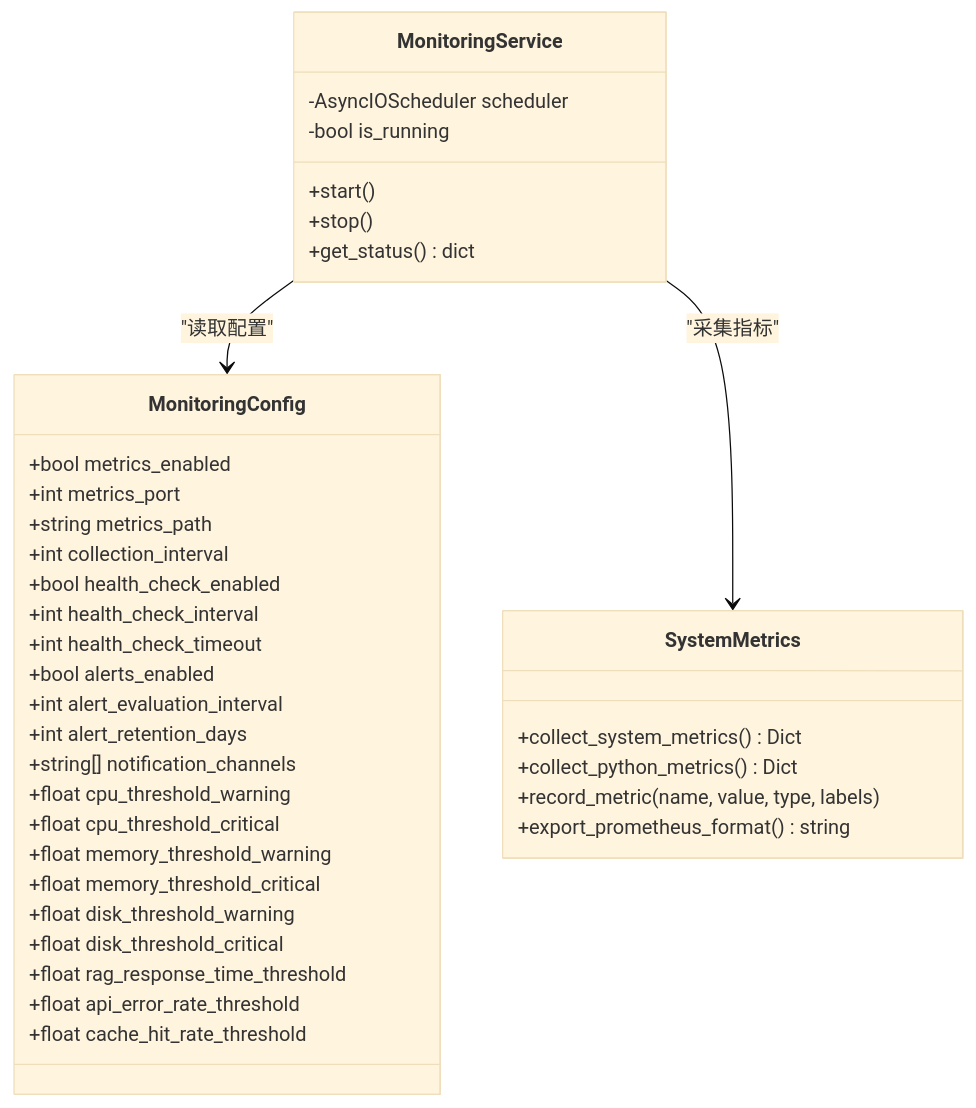
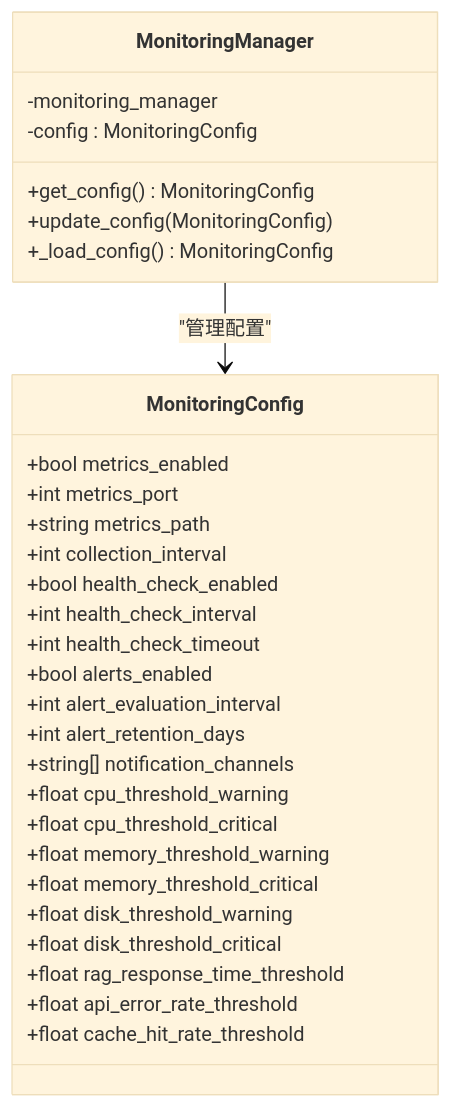
Before and after one commit to JieGaoPrinceton/NecoRAG: the fourth of 6 diagrams in .qoder/repowiki/zh/content/部署与运维/部署与运维.md, drawn with Mermaid (base theme). The commit also changed other lines of this file and 17 other files, not shown here.

````diff
--- a/.qoder/repowiki/zh/content/部署与运维/部署与运维.md
+++ b/.qoder/repowiki/zh/content/部署与运维/部署与运维.md
@@ -251,40 +245,33 @@
 ```mermaid
 classDiagram
 class MonitoringConfig {
 +bool metrics_enabled
 +int metrics_port
 +string metrics_path
 +int collection_interval
 +bool health_check_enabled
 +int health_check_interval
 +int health_check_timeout
 +bool alerts_enabled
 +int alert_evaluation_interval
 +int alert_retention_days
 +string[] notification_channels
 +float cpu_threshold_warning
 +float cpu_threshold_critical
 +float memory_threshold_warning
 +float memory_threshold_critical
 +float disk_threshold_warning
 +float disk_threshold_critical
 +float rag_response_time_threshold
 +float api_error_rate_threshold
 +float cache_hit_rate_threshold
 }
-class MonitoringService {
--AsyncIOScheduler scheduler
--bool is_running
-+start()
-+stop()
-+get_status() dict
+class MonitoringManager {
+-monitoring_manager
+-config : MonitoringConfig
++get_config() MonitoringConfig
++update_config(MonitoringConfig)
++_load_config() MonitoringConfig
 }
-class SystemMetrics {
-+collect_system_metrics() Dict
-+collect_python_metrics() Dict
-+record_metric(name, value, type, labels)
-+export_prometheus_format() string
-}
-MonitoringService --> MonitoringConfig : "读取配置"
-MonitoringService --> SystemMetrics : "采集指标"
+MonitoringManager --> MonitoringConfig : "管理配置"
 ```
````
